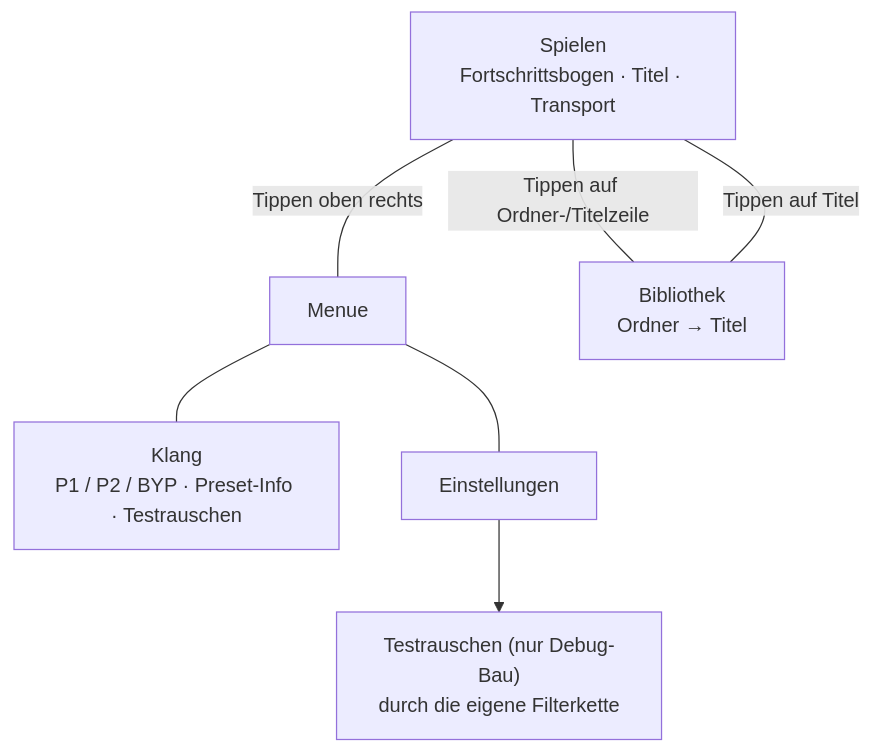
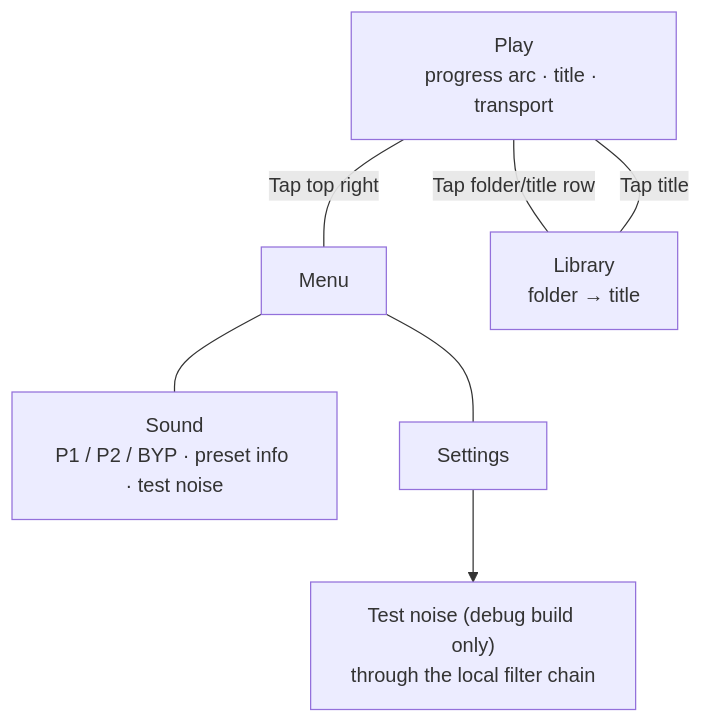
One commit to denis-1337/NotchedMusic changed the second of 2 diagrams in NotchedMusic-Watch/plan.md. Above: the diagram before and after it, drawn with Mermaid. The commit also changed other lines of this file and 12 other files, not shown here.

````diff
--- a/NotchedMusic-Watch/plan.md
+++ b/NotchedMusic-Watch/plan.md
@@ -251,9 +248,9 @@
 ```mermaid
 flowchart TD
-  P["Spielen<br/>Fortschrittsbogen · Titel · Transport"] ---|Tippen oben rechts| M["Menue"]
-  P ---|Tippen auf Ordner-/Titelzeile| B["Bibliothek<br/>Ordner → Titel"]
-  B ---|Tippen auf Titel| P
-  M --- S["Klang<br/>P1 / P2 / BYP · Preset-Info · Testrauschen"]
-  M --- E["Einstellungen"]
-  E --> T["Testrauschen (nur Debug-Bau)<br/>durch die eigene Filterkette"]
+  P["Play<br/>progress arc · title · transport"] ---|Tap top right| M["Menu"]
+  P ---|Tap folder/title row| B["Library<br/>folder → title"]
+  B ---|Tap title| P
+  M --- S["Sound<br/>P1 / P2 / BYP · preset info · test noise"]
+  M --- E["Settings"]
+  E --> T["Test noise (debug build only)<br/>through the local filter chain"]
 ```
````
